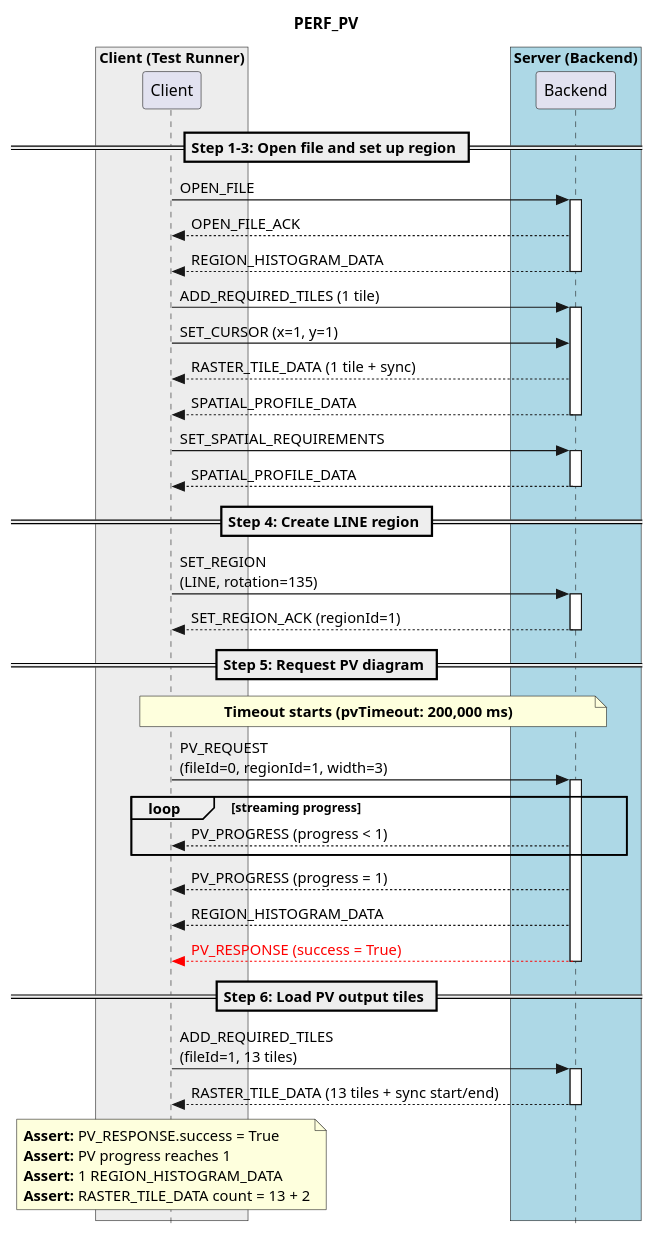
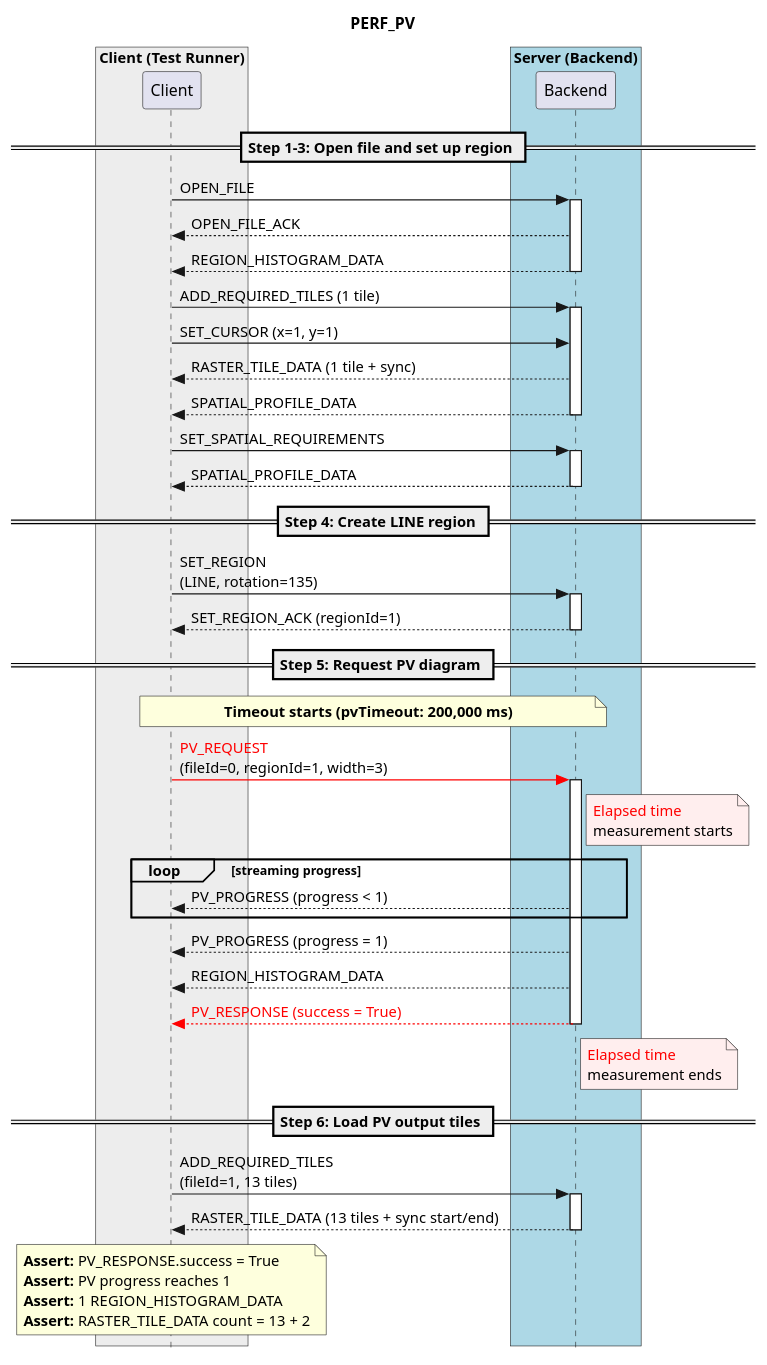
Before and after one commit to CARTAvis/ICD-RxJS: the eighth of 9 diagrams in docs/source/performance.rst, drawn with PlantUML. The commit also changed other lines of this file, not shown here.

Commit message:
Add elapsed time measurement markers to PERF_PV diagram

```diff
--- a/docs/source/performance.rst
+++ b/docs/source/performance.rst
@@ -737,70 +738,81 @@
 .. uml::
 
     skinparam style strictuml
     hide footbox
     title PERF_PV
 
     box "Client (Test Runner)" #EDEDED
         participant Client
     end box
 
     box "Server (Backend)" #lightblue
         participant Backend
     end box
 
     == Step 1-3: Open file and set up region ==
 
     Client -> Backend : OPEN_FILE
     activate Backend
     Client <-- Backend : OPEN_FILE_ACK
     Client <-- Backend : REGION_HISTOGRAM_DATA
     deactivate Backend
 
     Client -> Backend : ADD_REQUIRED_TILES (1 tile)
     activate Backend
     Client -> Backend : SET_CURSOR (x=1, y=1)
     Client <-- Backend : RASTER_TILE_DATA (1 tile + sync)
     Client <-- Backend : SPATIAL_PROFILE_DATA
     deactivate Backend
 
     Client -> Backend : SET_SPATIAL_REQUIREMENTS
     activate Backend
     Client <-- Backend : SPATIAL_PROFILE_DATA
     deactivate Backend
 
     == Step 4: Create LINE region ==
 
     Client -> Backend : SET_REGION\n(LINE, rotation=135)
     activate Backend
     Client <-- Backend : SET_REGION_ACK (regionId=1)
     deactivate Backend
 
     == Step 5: Request PV diagram ==
 
     note over Client, Backend
         **Timeout starts (pvTimeout: 200,000 ms)**
     end note
 
-    Client -> Backend : PV_REQUEST\n(fileId=0, regionId=1, width=3)
+    Client -[#red]> Backend : <font color="red">PV_REQUEST</font>\n(fileId=0, regionId=1, width=3)
     activate Backend
+
+    note right of Backend #FFEEEE
+        <font color="red">Elapsed time
+        measurement starts
+    end note
+
     loop streaming progress
         Client <-- Backend : PV_PROGRESS (progress < 1)
     end
     Client <-- Backend : PV_PROGRESS (progress = 1)
     Client <-- Backend : REGION_HISTOGRAM_DATA
     Client <--[#red] Backend : <font color="red">PV_RESPONSE (success = True)</font>
     deactivate Backend
+
+    note right of Backend #FFEEEE
+        <font color="red">Elapsed time
+        measurement ends
+    end note
 
     == Step 6: Load PV output tiles ==
 
     Client -> Backend : ADD_REQUIRED_TILES\n(fileId=1, 13 tiles)
     activate Backend
     Client <-- Backend : RASTER_TILE_DATA (13 tiles + sync start/end)
     deactivate Backend
 
     note over Client
         **Assert:** PV_RESPONSE.success = True
         **Assert:** PV progress reaches 1
         **Assert:** 1 REGION_HISTOGRAM_DATA
         **Assert:** RASTER_TILE_DATA count = 13 + 2
     end note
```
